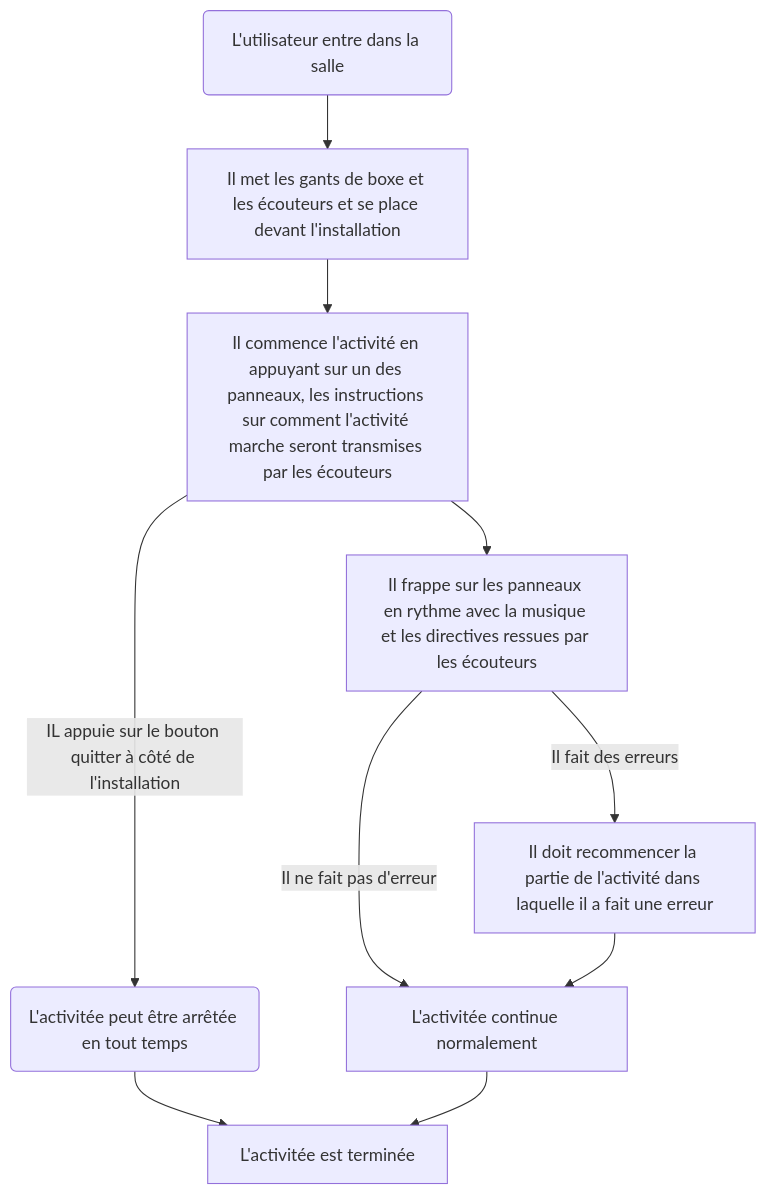
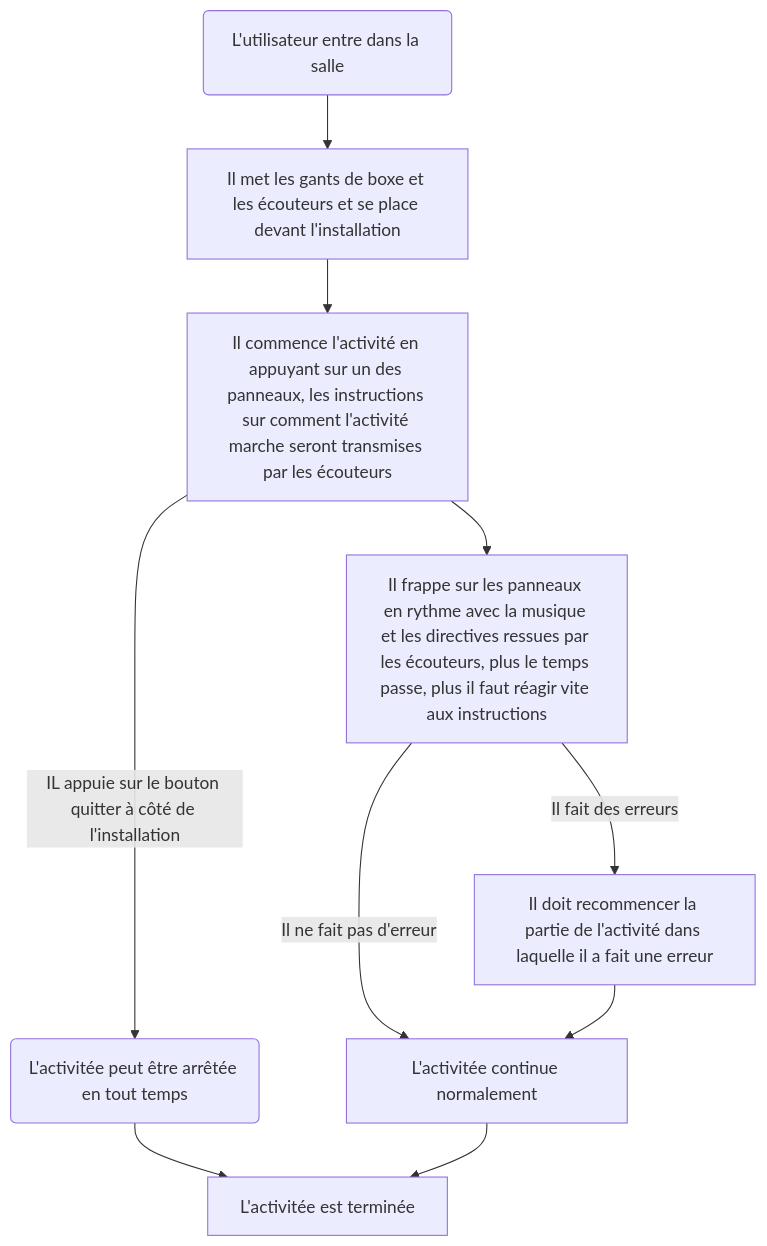
The diagram in README.md (samesthumain/sac-de-sable), drawn with Mermaid before and after one commit.

````diff
--- a/README.md
+++ b/README.md
@@ -19,13 +19,13 @@
 ```mermaid
 flowchart TD
     A(L'utilisateur entre dans la salle) --> B[Il met les gants de boxe et les écouteurs et se place devant l'installation]
     B --> C[Il commence l'activité en appuyant sur un des panneaux, les instructions sur comment l'activité marche seront transmises par les écouteurs]
-    C --> D[Il frappe sur les panneaux en rythme avec la musique et les directives ressues par les écouteurs]
+    C --> D[Il frappe sur les panneaux en rythme avec la musique et les directives ressues par les écouteurs, plus le temps passe, plus il faut réagir vite aux instructions]
     D -->|Il ne fait pas d'erreur| E[L'activitée continue normalement]
     D -->|Il fait des erreurs| F[Il doit recommencer la partie de l'activité dans laquelle il a fait une erreur]
     F --> E
     C -->|IL appuie sur le bouton quitter à côté de l'installation| G(L'activitée peut être arrêtée en tout temps)
     G --> H[L'activitée est terminée]
     E --> H
 
 ```
````
